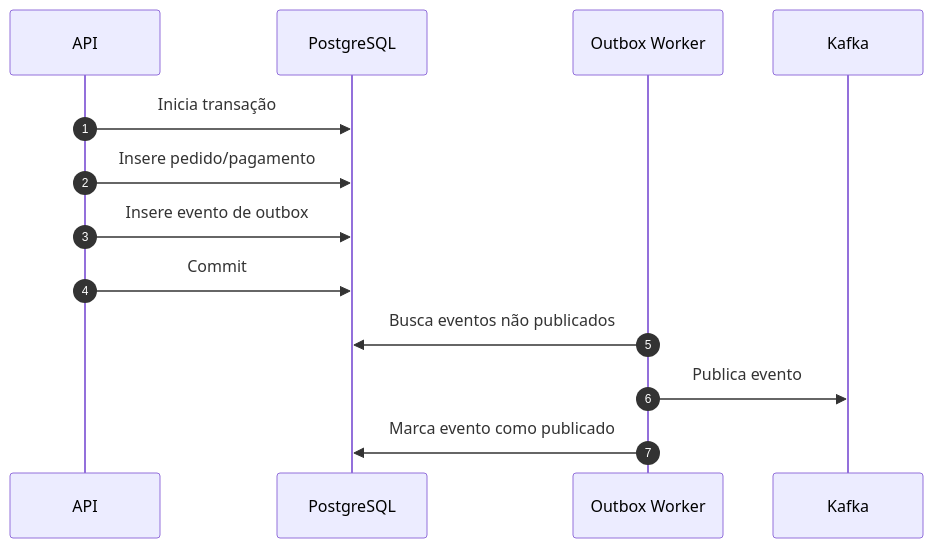
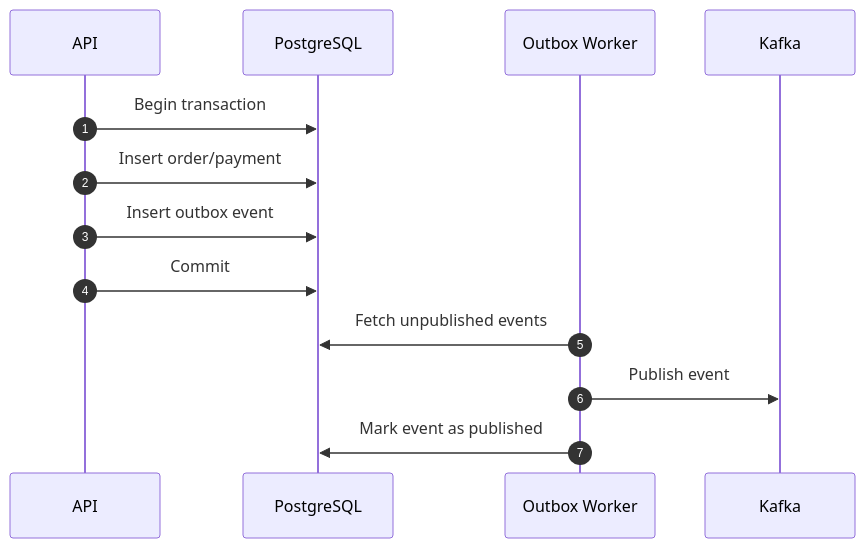
One commit to Thiago771414/event-driven-order-processing-system changed the second of 3 diagrams in event-driven-order-processing-system-main/fullstack-system-design-playbook/docs/backend-architecture.md. Above: the diagram before and after it, drawn with Mermaid. The commit also changed other lines of this file and 19 other files, not shown here.

````diff
--- a/event-driven-order-processing-system-main/fullstack-system-design-playbook/docs/backend-architecture.md
+++ b/event-driven-order-processing-system-main/fullstack-system-design-playbook/docs/backend-architecture.md
@@ -59,16 +59,16 @@
 ```mermaid
 sequenceDiagram
   autonumber
   participant API
   participant DB as PostgreSQL
   participant OW as Outbox Worker
   participant K as Kafka
 
-  API->>DB: Inicia transação
-  API->>DB: Insere pedido/pagamento
-  API->>DB: Insere evento de outbox
+  API->>DB: Begin transaction
+  API->>DB: Insert order/payment
+  API->>DB: Insert outbox event
   API->>DB: Commit
-  OW->>DB: Busca eventos não publicados
-  OW->>K: Publica evento
-  OW->>DB: Marca evento como publicado
+  OW->>DB: Fetch unpublished events
+  OW->>K: Publish event
+  OW->>DB: Mark event as published
 ```
````
